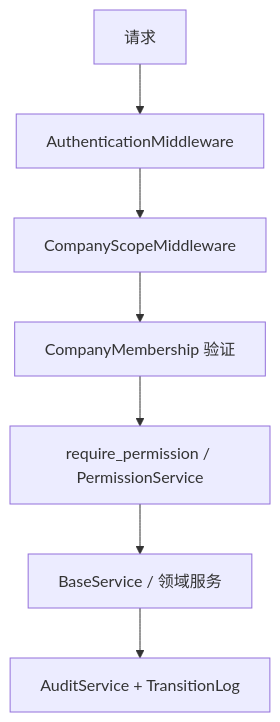
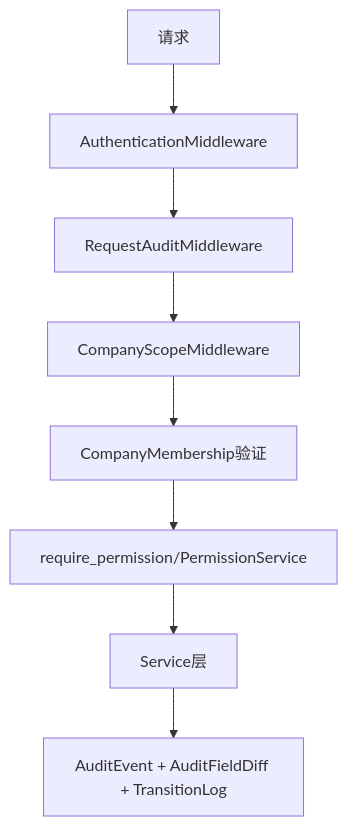
The fourth of 6 diagrams in architecture_audit_report.md (Yikmy/fnerp), drawn with Mermaid before and after one commit. The commit also changed other lines of this file, not shown here.

Commit message:
docs: refresh architecture audit against specs

````diff
--- a/architecture_audit_report.md
+++ b/architecture_audit_report.md
@@ -105,9 +137,10 @@
 ```mermaid
 graph TD
     Req[请求] --> Auth[AuthenticationMiddleware]
-    Auth --> Scope[CompanyScopeMiddleware]
-    Scope --> Membership[CompanyMembership 验证]
-    Membership --> Guard[require_permission / PermissionService]
-    Guard --> Service[BaseService / 领域服务]
-    Service --> Audit[AuditService + TransitionLog]
+    Auth --> AuditMW[RequestAuditMiddleware]
+    AuditMW --> Scope[CompanyScopeMiddleware]
+    Scope --> Membership[CompanyMembership验证]
+    Membership --> Perm[require_permission/PermissionService]
+    Perm --> Service[Service层]
+    Service --> Audit[AuditEvent + AuditFieldDiff + TransitionLog]
 ```
````
